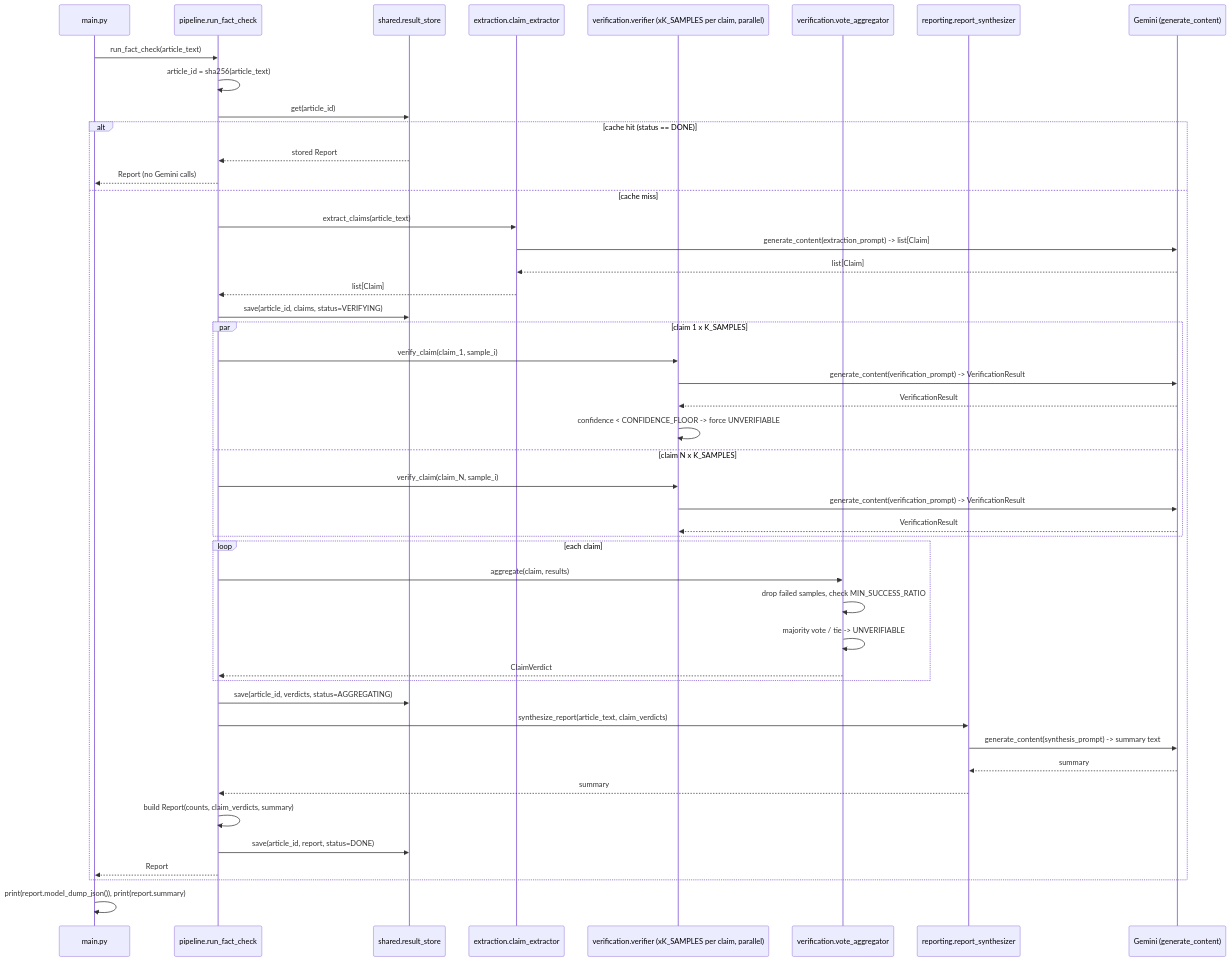
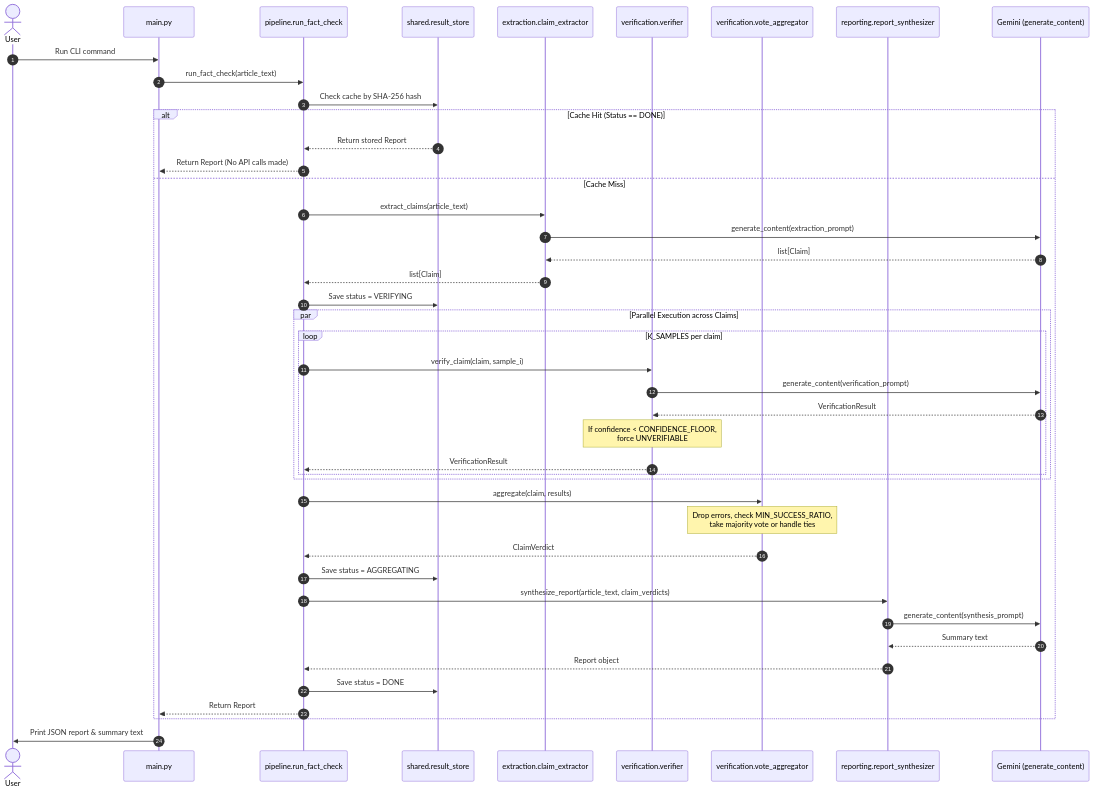
The first of 2 diagrams in README.md (ankitnitt15/fact-checker-agent), drawn with Mermaid before and after one commit. The commit also changed other lines of this file, not shown here.

````diff
--- a/README.md
+++ b/README.md
@@ -106,54 +57,54 @@
 ```mermaid
 sequenceDiagram
+    autonumber
+    actor User
     participant Main as main.py
     participant Pipeline as pipeline.run_fact_check
-    participant Cache as shared.result_store
+    participant Store as shared.result_store
     participant Extractor as extraction.claim_extractor
-    participant Verifier as verification.verifier (xK_SAMPLES per claim, parallel)
+    participant Verifier as verification.verifier
     participant Aggregator as verification.vote_aggregator
-    participant Synth as reporting.report_synthesizer
-    participant Gemini as Gemini (generate_content)
+    participant Synthesizer as reporting.report_synthesizer
+    participant LLM as Gemini (generate_content)
 
+    User->>Main: Run CLI command
     Main->>Pipeline: run_fact_check(article_text)
-    Pipeline->>Pipeline: article_id = sha256(article_text)
-    Pipeline->>Cache: get(article_id)
-    alt cache hit (status == DONE)
-        Cache-->>Pipeline: stored Report
-        Pipeline-->>Main: Report (no Gemini calls)
-    else cache miss
+    Pipeline->>Store: Check cache by SHA-256 hash
+
+    alt Cache Hit (Status == DONE)
+        Store-->>Pipeline: Return stored Report
+        Pipeline-->>Main: Return Report (No API calls made)
+    else Cache Miss
         Pipeline->>Extractor: extract_claims(article_text)
-        Extractor->>Gemini: generate_content(extraction_prompt) -> list[Claim]
-        Gemini-->>Extractor: list[Claim]
+        Extractor->>LLM: generate_content(extraction_prompt)
+        LLM-->>Extractor: list[Claim]
         Extractor-->>Pipeline: list[Claim]
-        Pipeline->>Cache: save(article_id, claims, status=VERIFYING)
+        Pipeline->>Store: Save status = VERIFYING
 
-        par claim 1 x K_SAMPLES
-            Pipeline->>Verifier: verify_claim(claim_1, sample_i)
-            Verifier->>Gemini: generate_content(verification_prompt) -> VerificationResult
-            Gemini-->>Verifier: VerificationResult
-            Verifier->>Verifier: confidence < CONFIDENCE_FLOOR -> force UNVERIFIABLE
-        and claim N x K_SAMPLES
-            Pipeline->>Verifier: verify_claim(claim_N, sample_i)
-            Verifier->>Gemini: generate_content(verification_prompt) -> VerificationResult
-            Gemini-->>Verifier: VerificationResult
+        par Parallel Execution across Claims
+            loop K_SAMPLES per claim
+                Pipeline->>Verifier: verify_claim(claim, sample_i)
+                Verifier->>LLM: generate_content(verification_prompt)
+                LLM-->>Verifier: VerificationResult
+                Note over Verifier: If confidence < CONFIDENCE_FLOOR,<br/>force UNVERIFIABLE
+                Verifier-->>Pipeline: VerificationResult
+            end
         end
 
-        loop each claim
-            Pipeline->>Aggregator: aggregate(claim, results)
-            Aggregator->>Aggregator: drop failed samples, check MIN_SUCCESS_RATIO
-            Aggregator->>Aggregator: majority vote / tie -> UNVERIFIABLE
-            Aggregator-->>Pipeline: ClaimVerdict
-        end
-        Pipeline->>Cache: save(article_id, verdicts, status=AGGREGATING)
+        Pipeline->>Aggregator: aggregate(claim, results)
+        Note over Aggregator: Drop errors, check MIN_SUCCESS_RATIO,<br/>take majority vote or handle ties
+        Aggregator-->>Pipeline: ClaimVerdict
+        Pipeline->>Store: Save status = AGGREGATING
 
-        Pipeline->>Synth: synthesize_report(article_text, claim_verdicts)
-        Synth->>Gemini: generate_content(synthesis_prompt) -> summary text
-        Gemini-->>Synth: summary
-        Synth-->>Pipeline: summary
+        Pipeline->>Synthesizer: synthesize_report(article_text, claim_verdicts)
+        Synthesizer->>LLM: generate_content(synthesis_prompt)
+        LLM-->>Synthesizer: Summary text
+        Synthesizer-->>Pipeline: Report object
 
-        Pipeline->>Pipeline: build Report(counts, claim_verdicts, summary)
-        Pipeline->>Cache: save(article_id, report, status=DONE)
-        Pipeline-->>Main: Report
+        Pipeline->>Store: Save status = DONE
+        Pipeline-->>Main: Return Report
     end
-    Main->>Main: print(report.model_dump_json()), print(report.summary)
+
+    Main->>User: Print JSON report & summary text
+
 ```
````
